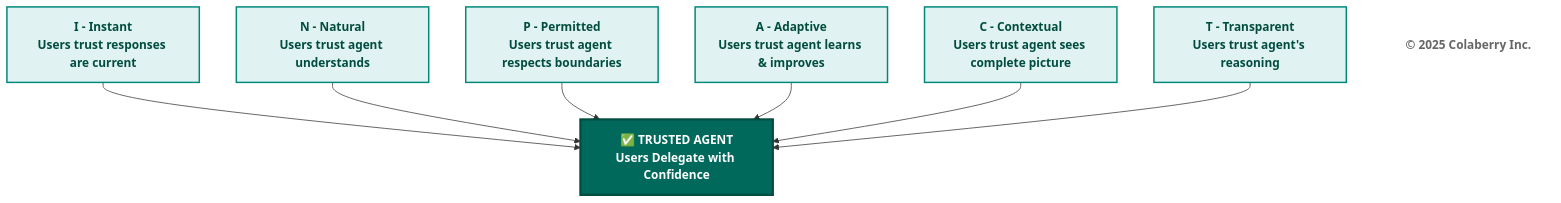
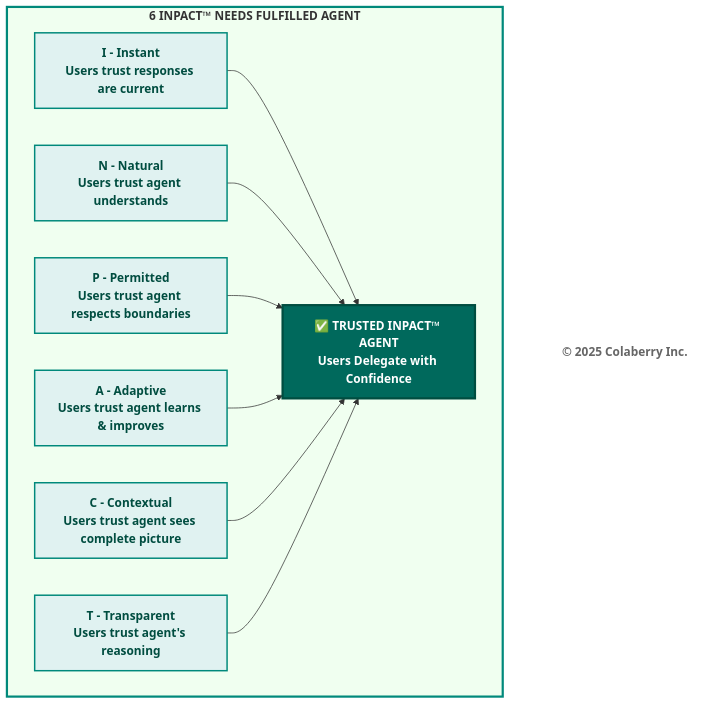
One commit to saitejesh-cyber/trust-before-intelligence-book changed the third of 11 diagrams in manuscript/chapter_2_inpact_framework_v3_3.md. Above: the diagram before and after it, drawn with Mermaid. The commit also changed other lines of this file, not shown here.

Commit message:
diagrams renumbered and updated
diagrams renumbered and updated

````diff
--- a/manuscript/chapter_2_inpact_framework_v3_3.md
+++ b/manuscript/chapter_2_inpact_framework_v3_3.md
@@ -184,31 +184,34 @@
 ```mermaid
 graph TB
-    I["<b>I - Instant</b><br/><b>Users trust responses are current</b>"]
-    N["<b>N - Natural</b><br/><b>Users trust agent understands</b>"]
-    P["<b>P - Permitted</b><br/><b>Users trust agent respects boundaries</b>"]
-    A["<b>A - Adaptive</b><br/><b>Users trust agent learns & improves</b>"]
-    C["<b>C - Contextual</b><br/><b>Users trust agent sees complete picture</b>"]
-    T["<b>T - Transparent</b><br/><b>Users trust agent's reasoning</b>"]
-    
-    TRUST["<b>✅ TRUSTED AGENT</b><br/><b>Users Delegate with Confidence</b>"]
-    
-    I --> TRUST
-    N --> TRUST
-    P --> TRUST
-    A --> TRUST
-    C --> TRUST
-    T --> TRUST
+    subgraph BOX["<b>6 INPACT™ NEEDS FULFILLED AGENT</b>"]
+        I["<b>I - Instant</b><br/><b>Users trust responses are current</b>"]
+        N["<b>N - Natural</b><br/><b>Users trust agent understands</b>"]
+        P["<b>P - Permitted</b><br/><b>Users trust agent respects boundaries</b>"]
+        A["<b>A - Adaptive</b><br/><b>Users trust agent learns & improves</b>"]
+        C["<b>C - Contextual</b><br/><b>Users trust agent sees complete picture</b>"]
+        T["<b>T - Transparent</b><br/><b>Users trust agent's reasoning</b>"]
+        
+        TRUST["<b>✅ TRUSTED INPACT™ AGENT</b><br/><b>Users Delegate with Confidence</b>"]
+        
+        I --> TRUST
+        N --> TRUST
+        P --> TRUST
+        A --> TRUST
+        C --> TRUST
+        T --> TRUST
+    end
     
     COPYRIGHT["<b>© 2025 Colaberry Inc.</b>"]
     
+    style BOX fill:#f0fff0,stroke:#00897b,stroke-width:3px
     style I fill:#e0f2f1,stroke:#00897b,stroke-width:2px,color:#004d40
     style N fill:#e0f2f1,stroke:#00897b,stroke-width:2px,color:#004d40
     style P fill:#e0f2f1,stroke:#00897b,stroke-width:2px,color:#004d40
     style A fill:#e0f2f1,stroke:#00897b,stroke-width:2px,color:#004d40
     style C fill:#e0f2f1,stroke:#00897b,stroke-width:2px,color:#004d40
     style T fill:#e0f2f1,stroke:#00897b,stroke-width:2px,color:#004d40
     
     style TRUST fill:#00695c,color:#ffffff,stroke:#004d40,stroke-width:3px
     
     style COPYRIGHT fill:#ffffff,stroke:none,color:#666666
 ```
````
